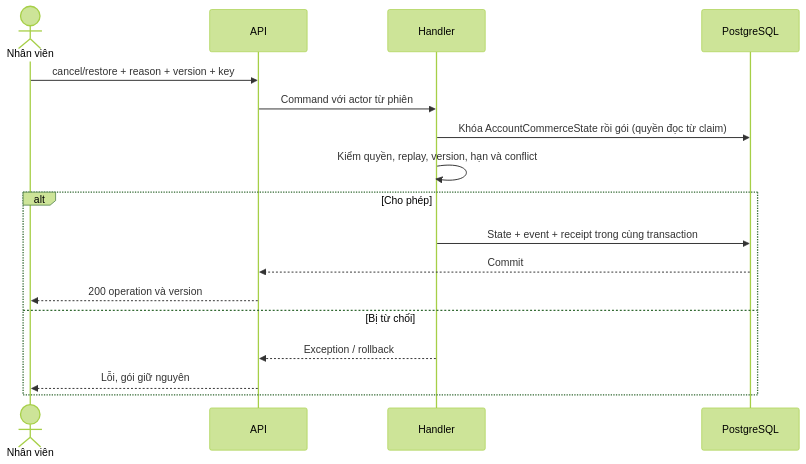
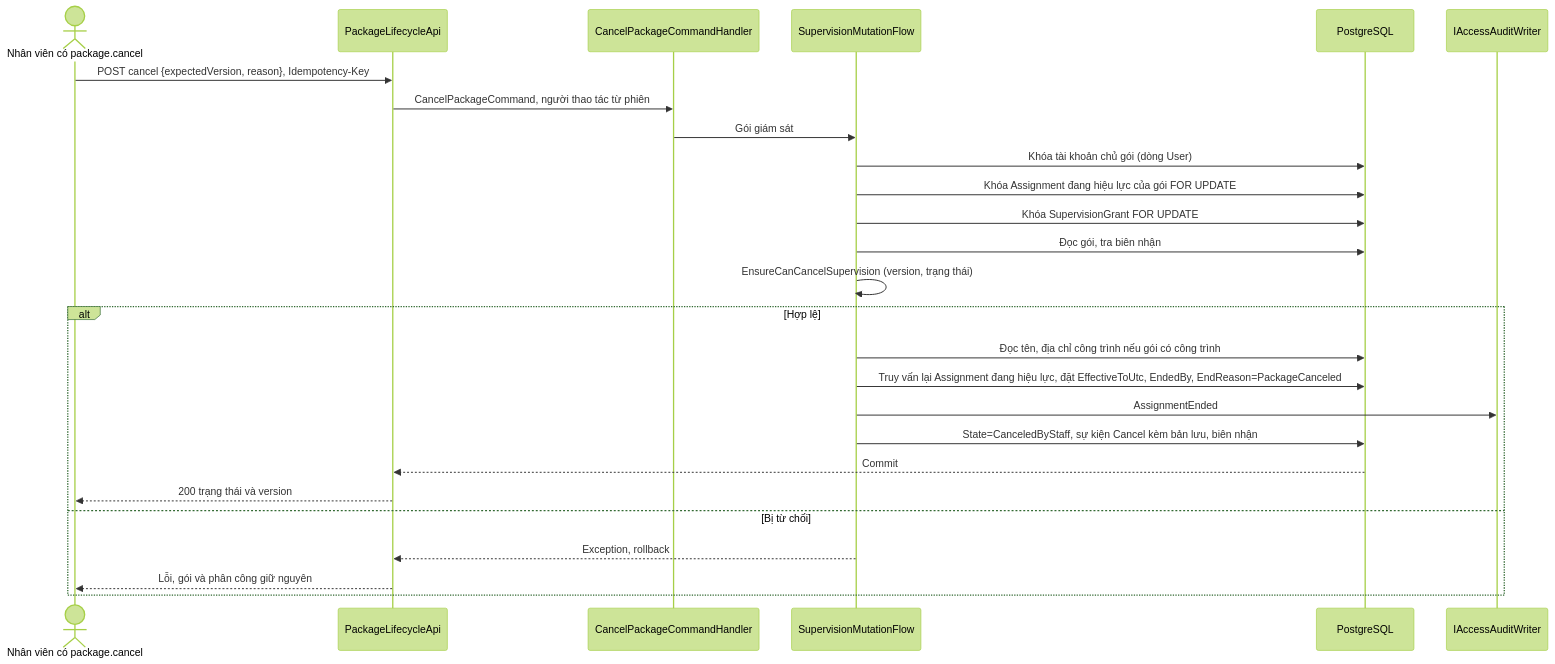
One commit to TaskCoper/bmt-documentation changed the second of 5 diagrams in tdd/TDD-SUB-005.md. Above: the diagram before and after it, drawn with Mermaid (forest theme). The commit also changed other lines of this file and 190 other files, not shown here.

First line of the commit message:
docs: gỡ gói giám sát, bỏ khôi phục và khóa sửa công trình

````diff
--- a/tdd/TDD-SUB-005.md
+++ b/tdd/TDD-SUB-005.md
@@ -139,19 +169,28 @@
 ```mermaid
 sequenceDiagram
-    actor S as Nhân viên
-    participant A as API
-    participant H as Handler
+    actor S as Nhân viên có package.cancel
+    participant A as PackageLifecycleApi
+    participant H as CancelPackageCommandHandler
+    participant F as SupervisionMutationFlow
     participant D as PostgreSQL
-    S->>A: cancel/restore + reason + version + key
-    A->>H: Command với actor từ phiên
-    H->>D: Khóa AccountCommerceState rồi gói (quyền đọc từ claim)
-    H->>H: Kiểm quyền, replay, version, hạn và conflict
-    alt Cho phép
-      H->>D: State + event + receipt trong cùng transaction
+    participant AU as IAccessAuditWriter
+    S->>A: POST cancel {expectedVersion, reason}, Idempotency-Key
+    A->>H: CancelPackageCommand, người thao tác từ phiên
+    H->>F: Gói giám sát
+    F->>D: Khóa tài khoản chủ gói (dòng User)
+    F->>D: Khóa Assignment đang hiệu lực của gói FOR UPDATE
+    F->>D: Khóa SupervisionGrant FOR UPDATE
+    F->>D: Đọc gói, tra biên nhận
+    F->>F: EnsureCanCancelSupervision (version, trạng thái)
+    alt Hợp lệ
+      F->>D: Đọc tên, địa chỉ công trình nếu gói có công trình
+      F->>D: Truy vấn lại Assignment đang hiệu lực, đặt EffectiveToUtc, EndedBy, EndReason=PackageCanceled
+      F->>AU: AssignmentEnded
+      F->>D: State=CanceledByStaff, sự kiện Cancel kèm bản lưu, biên nhận
       D-->>A: Commit
-      A-->>S: 200 operation và version
+      A-->>S: 200 trạng thái và version
     else Bị từ chối
-      H-->>A: Exception / rollback
-      A-->>S: Lỗi, gói giữ nguyên
+      F-->>A: Exception, rollback
+      A-->>S: Lỗi, gói và phân công giữ nguyên
     end
 ```
````
